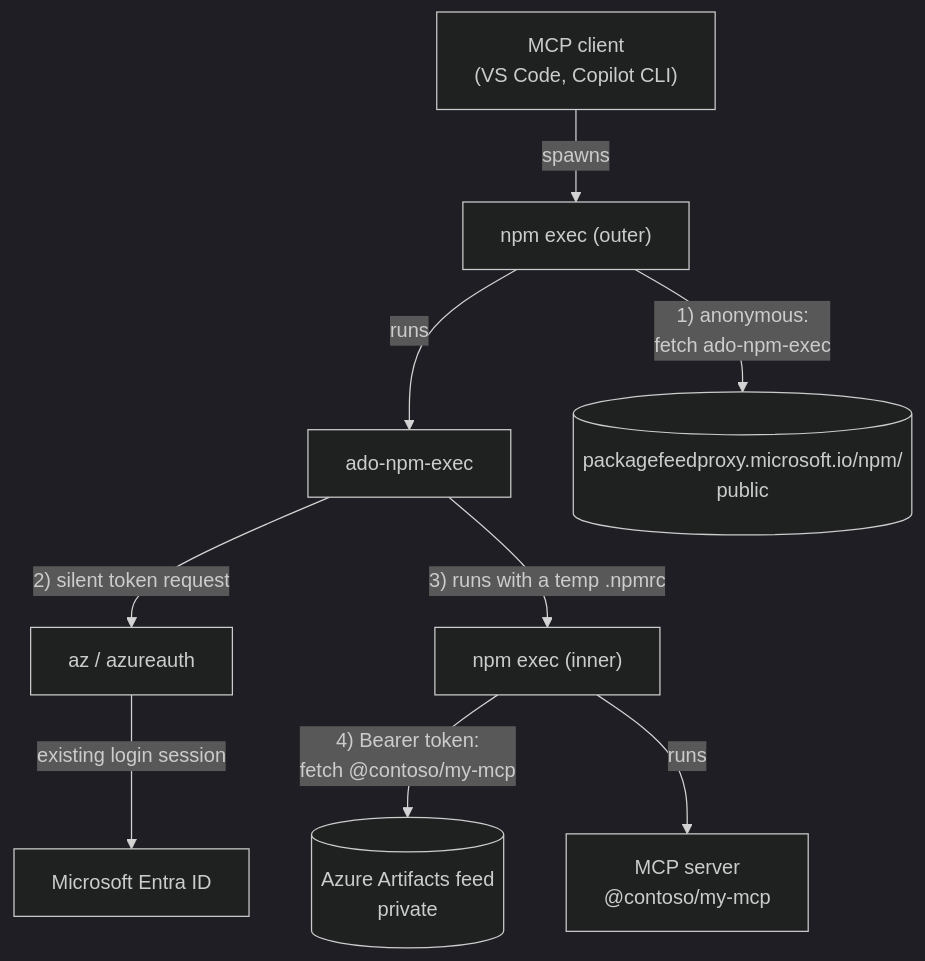
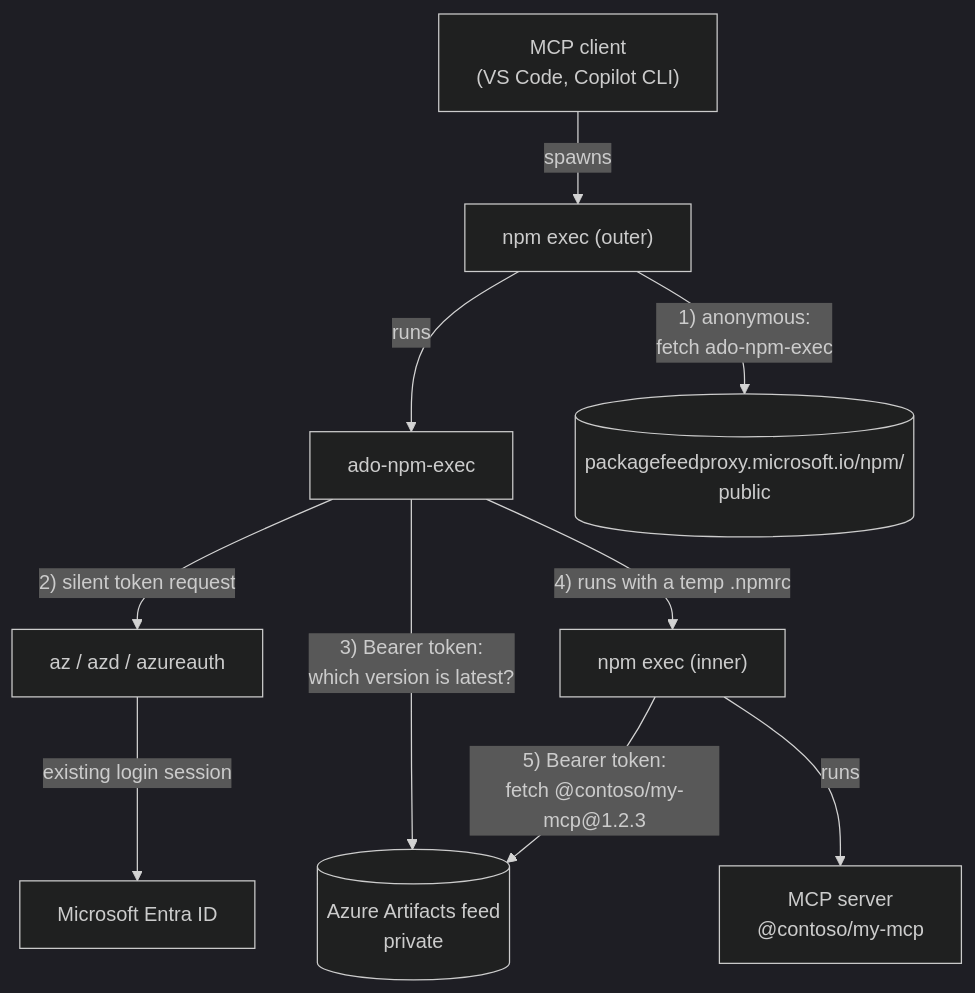
One commit to nodkz/ado-npm-exec changed the first of 3 diagrams in README.md. Above: the diagram before and after it, drawn with Mermaid (dark theme). The commit also changed other lines of this file and 62 other files, not shown here.

````diff
--- a/README.md
+++ b/README.md
@@ -26,21 +34,22 @@
 ```mermaid
 flowchart TB
     client["MCP client<br/>(VS Code, Copilot CLI)"]
     outer["npm exec (outer)"]
     ane["ado-npm-exec"]
-    az["az / azureauth"]
+    az["az / azd / azureauth"]
     inner["npm exec (inner)"]
     server["MCP server<br/>@contoso/my-mcp"]
     npmjs[("packagefeedproxy.microsoft.io/npm/<br/>public")]
     entra["Microsoft Entra ID"]
     feed[("Azure Artifacts feed<br/>private")]
 
     client -- spawns --> outer
     outer -- "1) anonymous:<br/>fetch ado-npm-exec" --> npmjs
     outer -- runs --> ane
     ane -- "2) silent token request" --> az
     az -- "existing login session" --> entra
-    ane -- "3) runs with a temp .npmrc" --> inner
-    inner -- "4) Bearer token:<br/>fetch @contoso/my-mcp" --> feed
+    ane -- "3) Bearer token:<br/>which version is latest?" --> feed
+    ane -- "4) runs with a temp .npmrc" --> inner
+    inner -- "5) Bearer token:<br/>fetch @contoso/my-mcp@1.2.3" --> feed
     inner -- runs --> server
 ```
````
